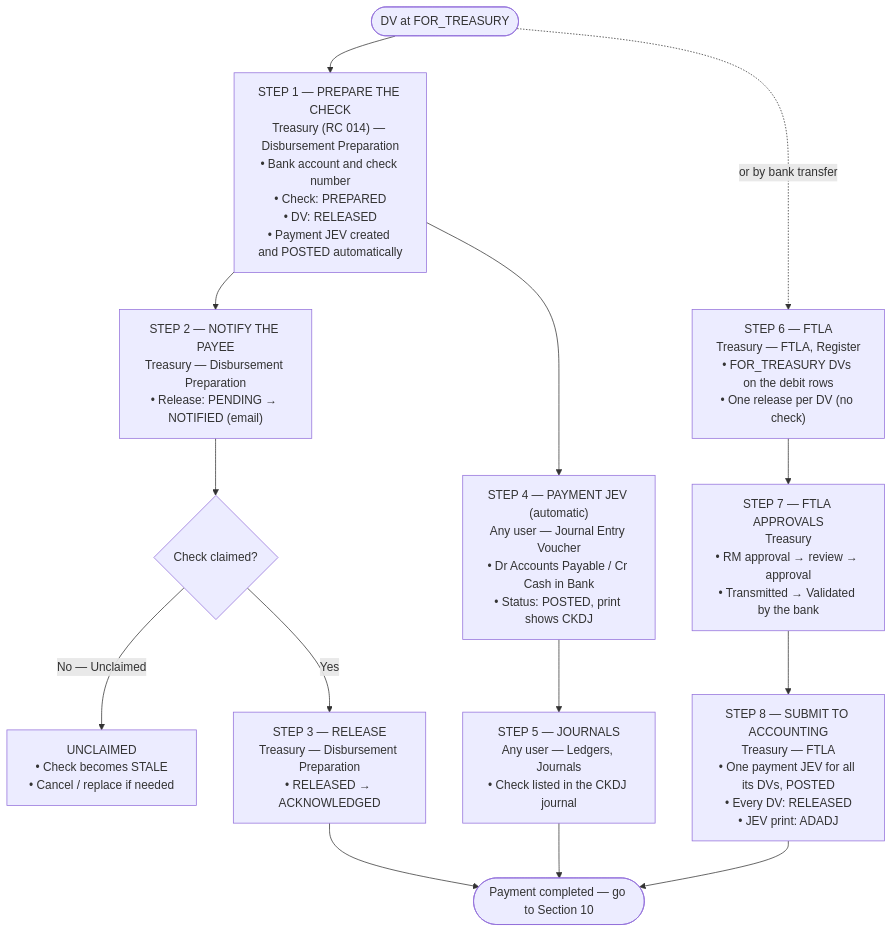
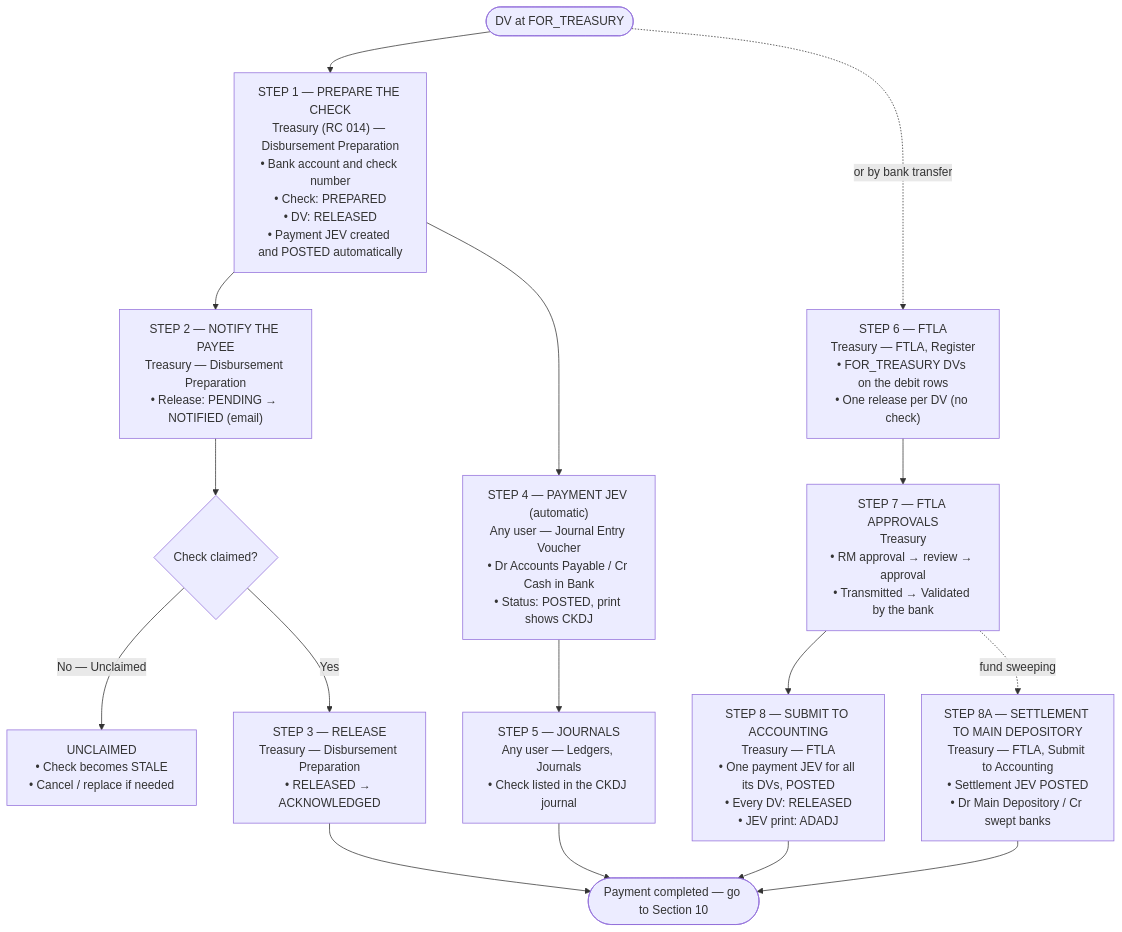
Diagram 12 of 14 in system_docs/process-flow/PROCESS-FLOW.md (A-team-ITBS/fims-nha), drawn with Mermaid before and after one commit. The commit also changed other lines of this file and 21 other files, not shown here.

````diff
--- a/system_docs/process-flow/PROCESS-FLOW.md
+++ b/system_docs/process-flow/PROCESS-FLOW.md
@@ -462,16 +468,18 @@
 ```mermaid
 flowchart TD
     START(["DV at FOR_TREASURY"]) --> S1["STEP 1 — PREPARE THE CHECK<br/>Treasury (RC 014) — Disbursement Preparation<br/>• Bank account and check number<br/>• Check: PREPARED<br/>• DV: RELEASED<br/>• Payment JEV created and POSTED automatically"]
     S1 --> S2["STEP 2 — NOTIFY THE PAYEE<br/>Treasury — Disbursement Preparation<br/>• Release: PENDING → NOTIFIED (email)"]
     S2 --> D1{"Check claimed?"}
     D1 -->|"No — Unclaimed"| U["UNCLAIMED<br/>• Check becomes STALE<br/>• Cancel / replace if needed"]
     D1 -->|"Yes"| S3["STEP 3 — RELEASE<br/>Treasury — Disbursement Preparation<br/>• RELEASED → ACKNOWLEDGED"]
     S1 --> S4["STEP 4 — PAYMENT JEV (automatic)<br/>Any user — Journal Entry Voucher<br/>• Dr Accounts Payable / Cr Cash in Bank<br/>• Status: POSTED, print shows CKDJ"]
     S4 --> S5["STEP 5 — JOURNALS<br/>Any user — Ledgers, Journals<br/>• Check listed in the CKDJ journal"]
     S3 --> END(["Payment completed — go to Section 10"])
     S5 --> END
     START -.->|"or by bank transfer"| F1["STEP 6 — FTLA<br/>Treasury — FTLA, Register<br/>• FOR_TREASURY DVs on the debit rows<br/>• One release per DV (no check)"]
     F1 --> F2["STEP 7 — FTLA APPROVALS<br/>Treasury<br/>• RM approval → review → approval<br/>• Transmitted → Validated by the bank"]
     F2 --> F3["STEP 8 — SUBMIT TO ACCOUNTING<br/>Treasury — FTLA<br/>• One payment JEV for all its DVs, POSTED<br/>• Every DV: RELEASED<br/>• JEV print: ADADJ"]
     F3 --> END
+    F2 -.->|"fund sweeping"| F4["STEP 8A — SETTLEMENT TO MAIN DEPOSITORY<br/>Treasury — FTLA, Submit to Accounting<br/>• Settlement JEV POSTED<br/>• Dr Main Depository / Cr swept banks"]
+    F4 --> END
 ```
````
